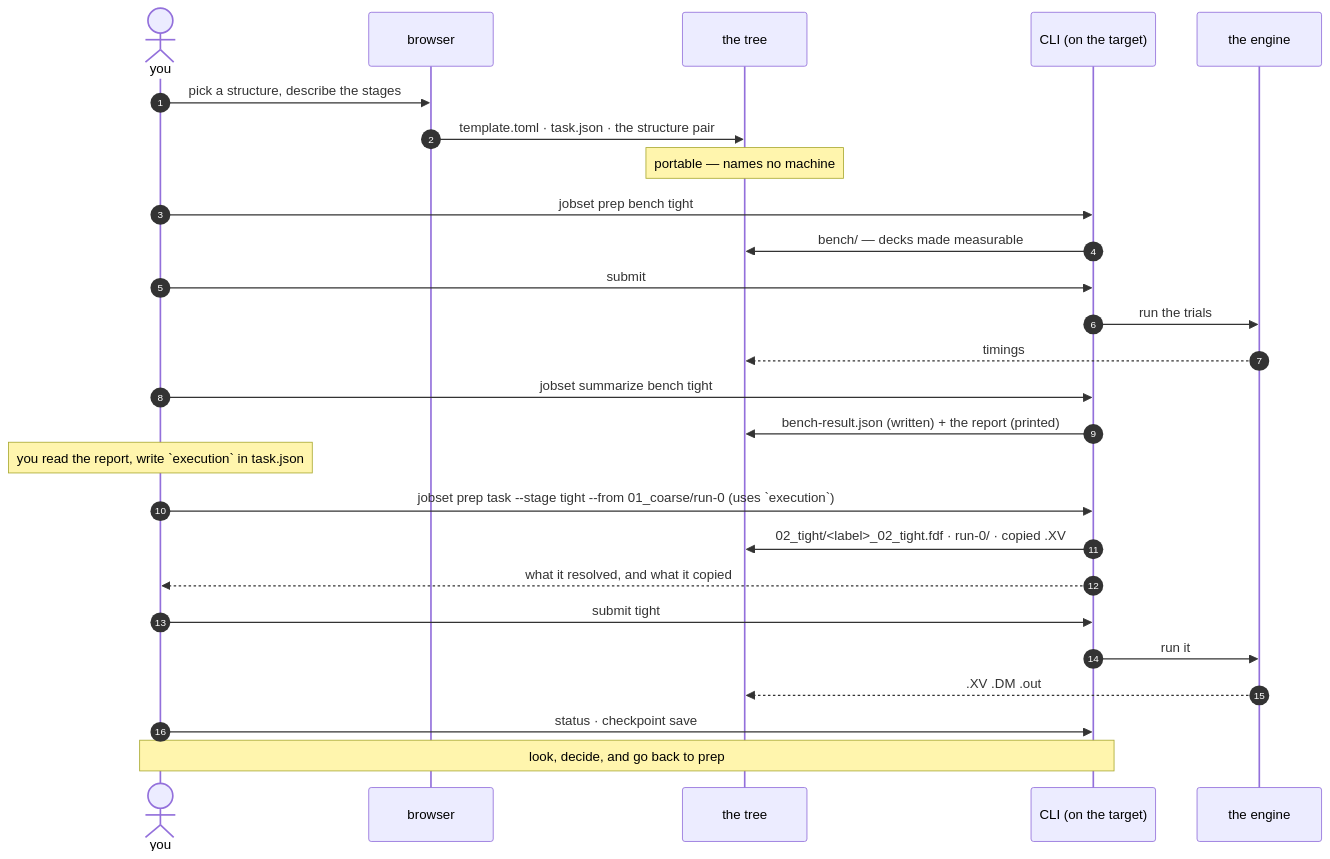
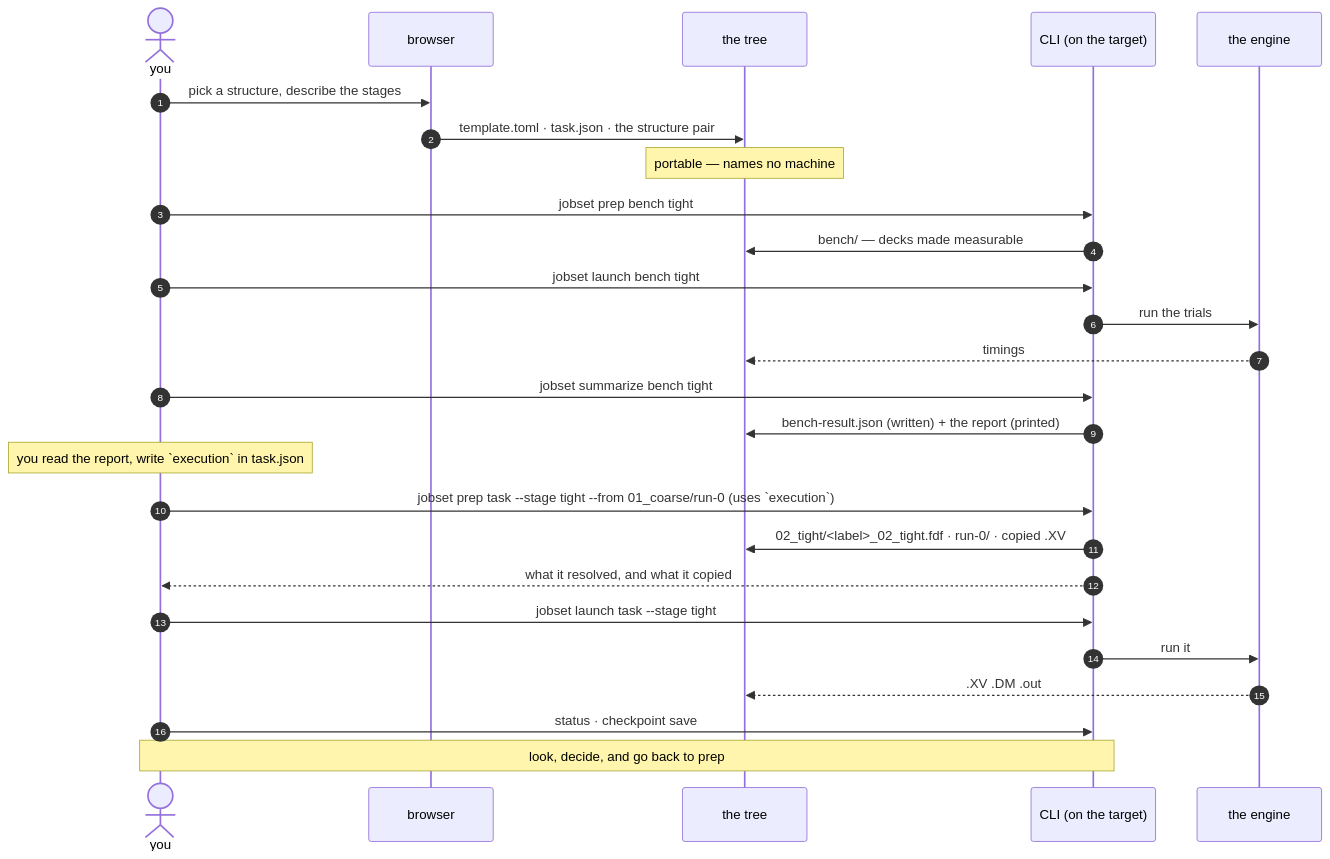
One commit to Qing-LAB/molbuilder changed the ninth of 10 diagrams in docs/execution/project-layout.md. Above: the diagram before and after it, drawn with Mermaid. The commit also changed other lines of this file and 14 other files, not shown here.

````diff
--- a/docs/execution/project-layout.md
+++ b/docs/execution/project-layout.md
@@ -1783,33 +1784,33 @@
 ```mermaid
 sequenceDiagram
     autonumber
     actor U as you
     participant B as browser
     participant T as the tree
     participant C as CLI (on the target)
     participant E as the engine
 
     U->>B: pick a structure, describe the stages
     B->>T: template.toml · task.json · the structure pair
     Note over T: portable — names no machine
 
     U->>C: jobset prep bench tight
     C->>T: bench/ — decks made measurable
-    U->>C: submit
+    U->>C: jobset launch bench tight
     C->>E: run the trials
     E-->>T: timings
     U->>C: jobset summarize bench tight
     C->>T: bench-result.json (written) + the report (printed)
 
     Note over U: you read the report, write `execution` in task.json
 
     U->>C: jobset prep task --stage tight --from 01_coarse/run-0 (uses `execution`)
     C->>T: 02_tight/<label>_02_tight.fdf · run-0/ · copied .XV
     C-->>U: what it resolved, and what it copied
-    U->>C: submit tight
+    U->>C: jobset launch task --stage tight
     C->>E: run it
     E-->>T: .XV .DM .out
 
     U->>C: status · checkpoint save
     Note over U,C: look, decide, and go back to prep
 ```
````
